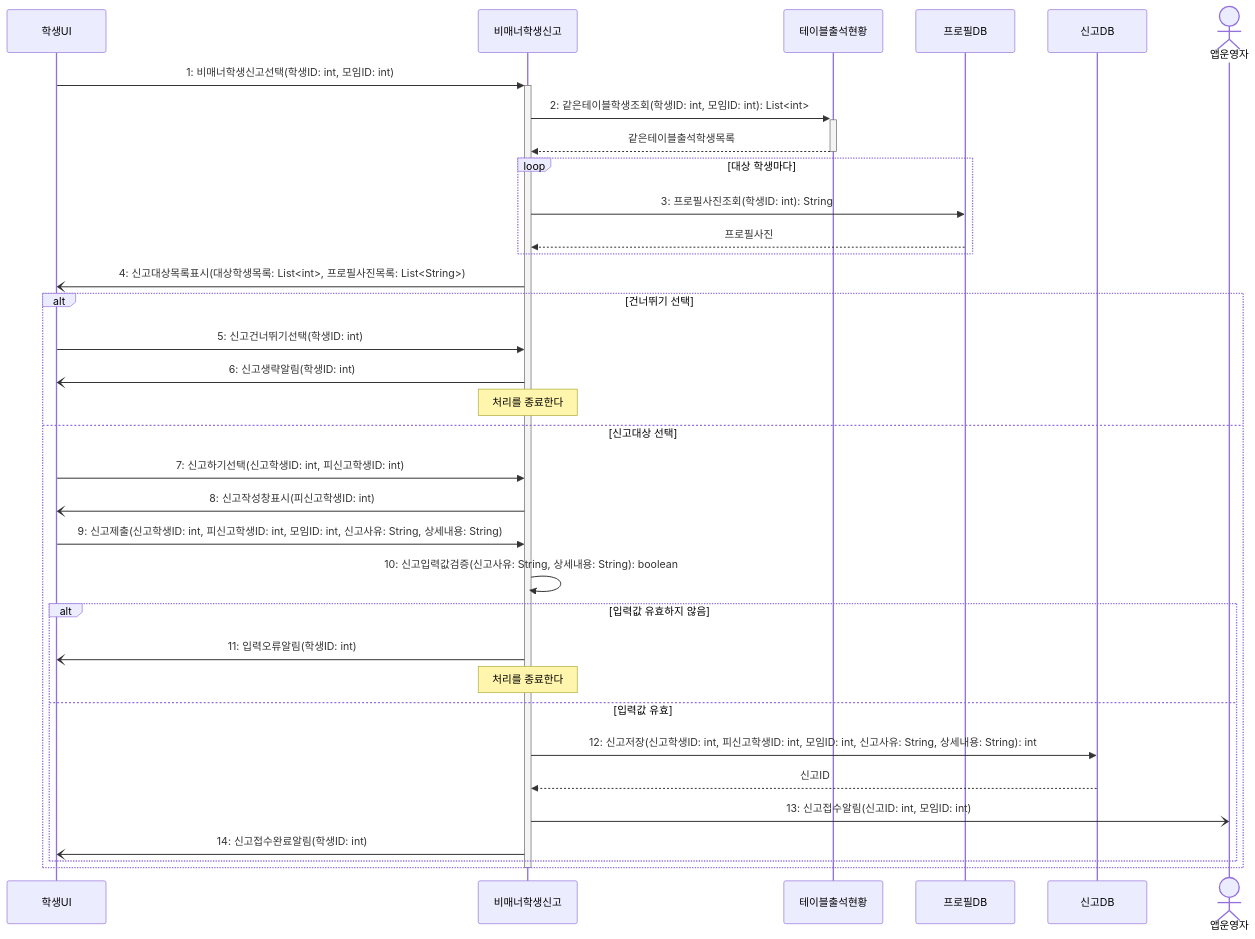
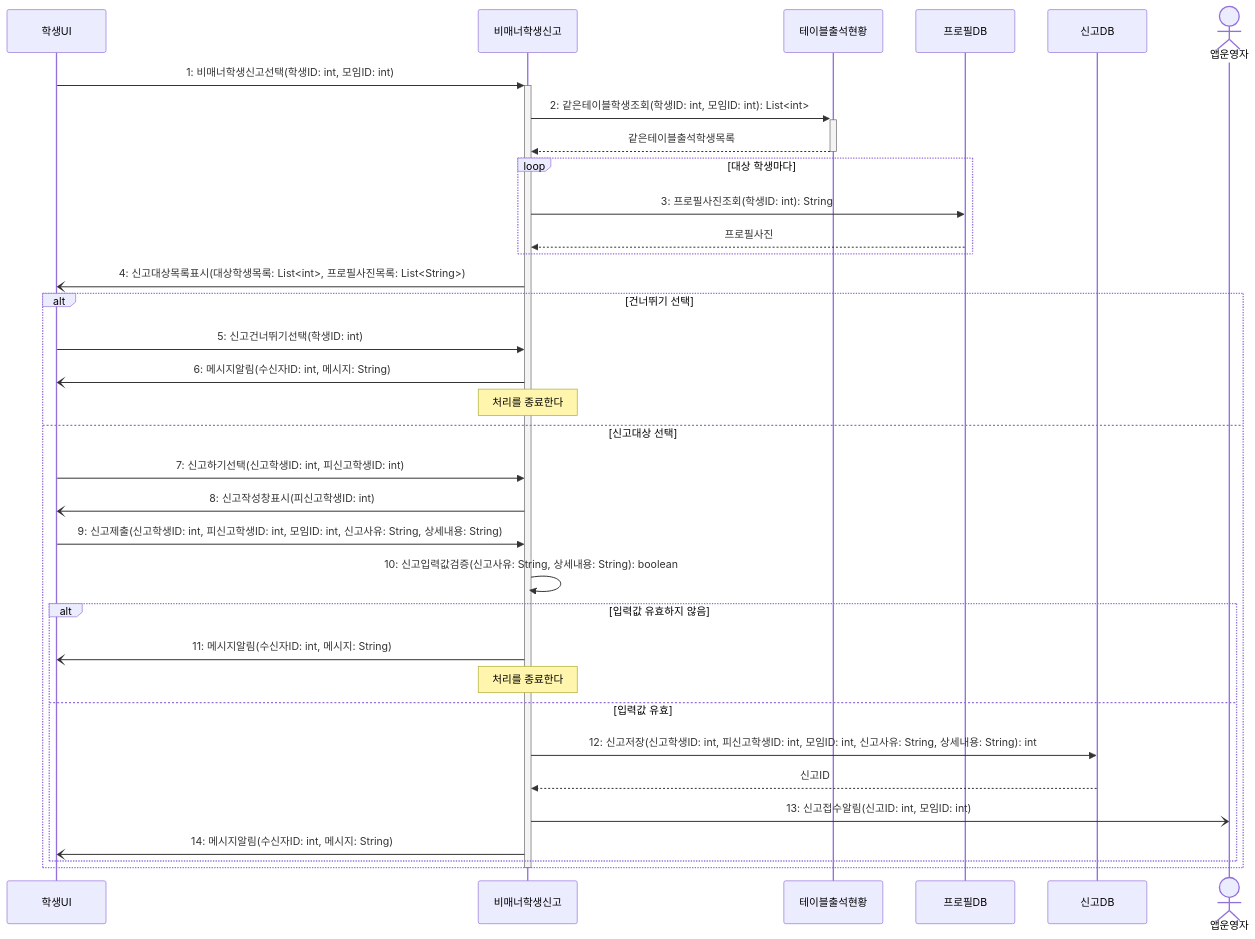
The diagram in sequence/seq-12.md (hojae3/sw-engineering-16), drawn with Mermaid before and after one commit. The commit also changed other lines of this file and 19 other files, not shown here.

````diff
--- a/sequence/seq-12.md
+++ b/sequence/seq-12.md
@@ -25,40 +25,40 @@
 ```mermaid
 sequenceDiagram
     participant 학생UI as 학생UI
     participant 신고 as 비매너학생신고
     participant 현황 as 테이블출석현황
     participant 프로필DB as 프로필DB
     participant 신고DB as 신고DB
     actor 앱운영자
 
     학생UI->>+신고: 1: 비매너학생신고선택(학생ID: int, 모임ID: int)
     신고->>+현황: 2: 같은테이블학생조회(학생ID: int, 모임ID: int): List<int>
     현황-->>-신고: 같은테이블출석학생목록
     loop 대상 학생마다
         신고->>프로필DB: 3: 프로필사진조회(학생ID: int): String
         프로필DB-->>신고: 프로필사진
     end
     신고-)학생UI: 4: 신고대상목록표시(대상학생목록: List<int>, 프로필사진목록: List<String>)
 
     alt 건너뛰기 선택
         학생UI->>신고: 5: 신고건너뛰기선택(학생ID: int)
-        신고-)학생UI: 6: 신고생략알림(학생ID: int)
+        신고-)학생UI: 6: 메시지알림(수신자ID: int, 메시지: String)
         Note over 신고: 처리를 종료한다
     else 신고대상 선택
         학생UI->>신고: 7: 신고하기선택(신고학생ID: int, 피신고학생ID: int)
         신고-)학생UI: 8: 신고작성창표시(피신고학생ID: int)
         학생UI->>신고: 9: 신고제출(신고학생ID: int, 피신고학생ID: int, 모임ID: int, 신고사유: String, 상세내용: String)
         신고->>신고: 10: 신고입력값검증(신고사유: String, 상세내용: String): boolean
 
         alt 입력값 유효하지 않음
-            신고-)학생UI: 11: 입력오류알림(학생ID: int)
+            신고-)학생UI: 11: 메시지알림(수신자ID: int, 메시지: String)
             Note over 신고: 처리를 종료한다
         else 입력값 유효
             신고->>신고DB: 12: 신고저장(신고학생ID: int, 피신고학생ID: int, 모임ID: int, 신고사유: String, 상세내용: String): int
             신고DB-->>신고: 신고ID
             신고-)앱운영자: 13: 신고접수알림(신고ID: int, 모임ID: int)
-            신고-)학생UI: 14: 신고접수완료알림(학생ID: int)
+            신고-)학생UI: 14: 메시지알림(수신자ID: int, 메시지: String)
         end
     end
     deactivate 신고
 ```
````
